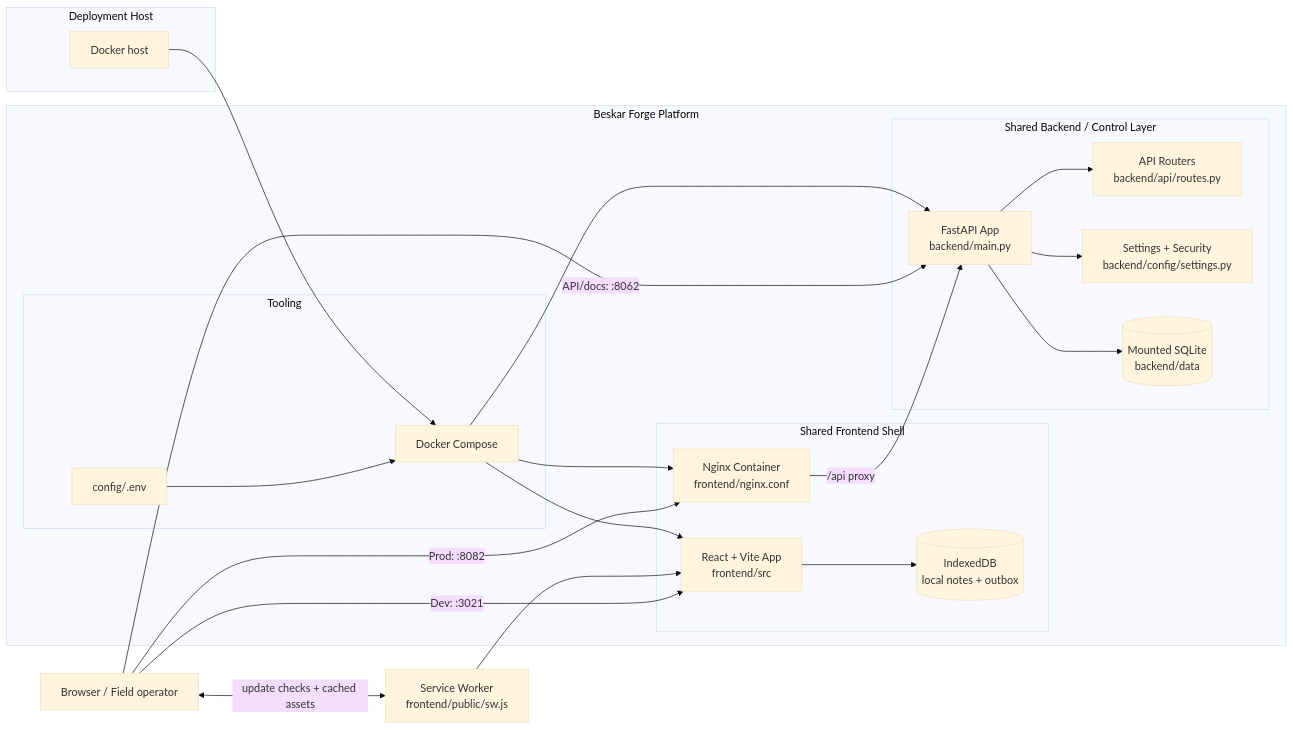
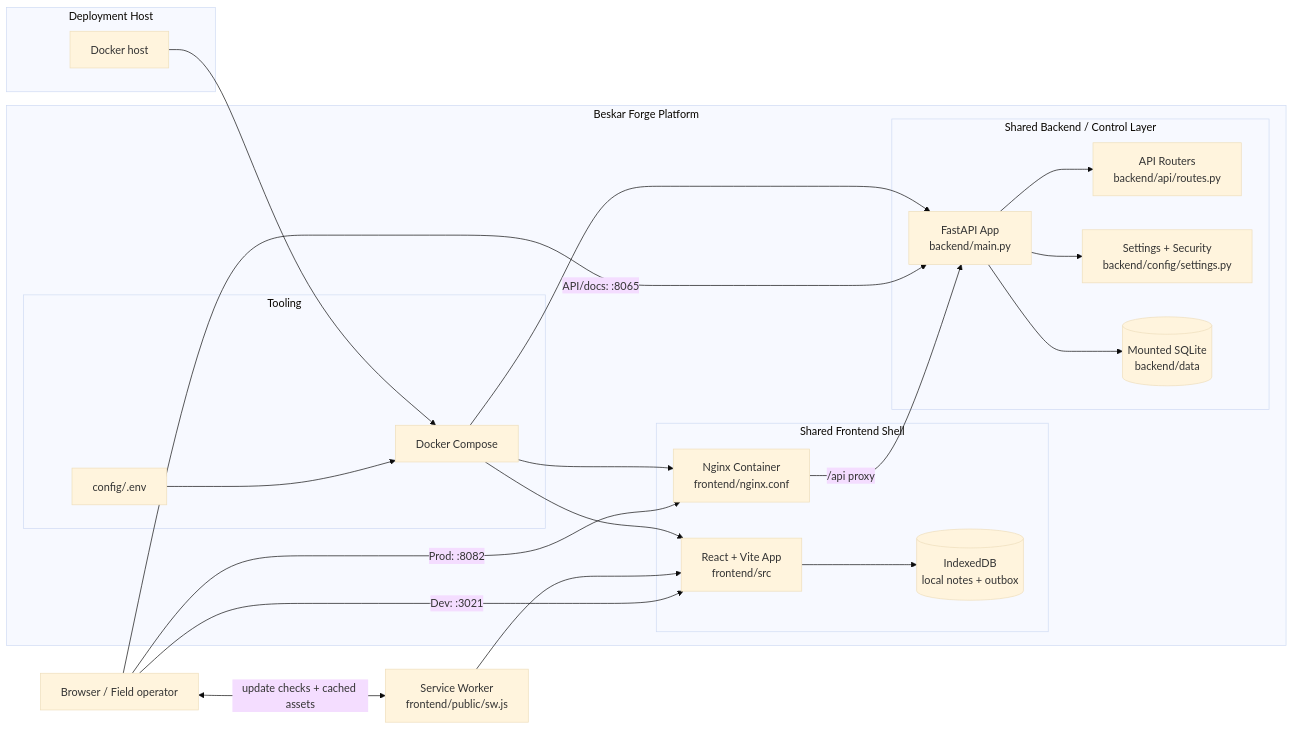
Before and after one commit to martin-gomola/beskar-forge: the diagram in docs/ARCHITECTURE.md, drawn with Mermaid (base theme). The commit also changed other lines of this file and 28 other files, not shown here.

````diff
--- a/docs/ARCHITECTURE.md
+++ b/docs/ARCHITECTURE.md
@@ -31,45 +31,45 @@
 ```mermaid
 flowchart LR
     User[Browser / Field operator]
     SW[Service Worker<br/>frontend/public/sw.js]
 
     subgraph Host["Deployment Host"]
         Server[Docker host]
     end
 
     subgraph Platform["Beskar Forge Platform"]
         subgraph Frontend["Shared Frontend Shell"]
             Vite[React + Vite App<br/>frontend/src]
             Local[(IndexedDB<br/>local notes + outbox)]
             Nginx[Nginx Container<br/>frontend/nginx.conf]
         end
 
         subgraph Backend["Shared Backend / Control Layer"]
             API[FastAPI App<br/>backend/main.py]
             Routes[API Routers<br/>backend/api/routes.py]
             Config[Settings + Security<br/>backend/config/settings.py]
             Data[(Mounted SQLite<br/>backend/data)]
         end
 
         subgraph Tooling["Tooling"]
             Compose[Docker Compose]
             Env[config/.env]
         end
     end
 
     User -->|Dev: :3021| Vite
     User -->|Prod: :8082| Nginx
-    User -->|API/docs: :8062| API
+    User -->|API/docs: :8065| API
     User <-->|update checks + cached assets| SW
     SW --> Vite
     Vite --> Local
     Nginx -->|/api proxy| API
     API --> Routes
     API --> Config
     API --> Data
     Compose --> Vite
     Compose --> Nginx
     Compose --> API
     Env --> Compose
     Server --> Compose
 ```
````
